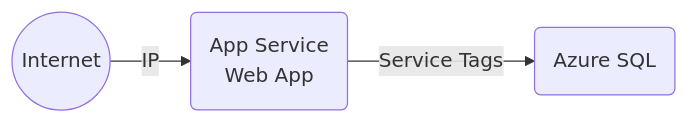
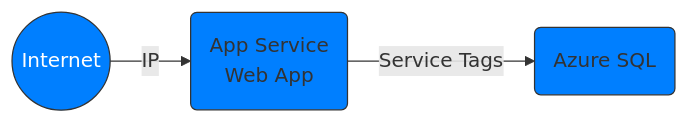
The second of 7 diagrams in README.md (msalemor/app-services-networking), drawn with Mermaid before and after one commit.

````diff
--- a/README.md
+++ b/README.md
@@ -37,5 +37,8 @@
 ```mermaid
 graph LR;
     A((Internet))-- IP -->B(App Service<br/>Web App);
     B-- Service Tags -->C(Azure SQL);
+    style A fill:#007FFF,stroke:#333,stroke-width:1px,color:#fff;
+    style B fill:#007FFF,stroke:#333,stroke-width:1px
+    style C fill:#007FFF,stroke:#333,stroke-width:1px
 ```
````
